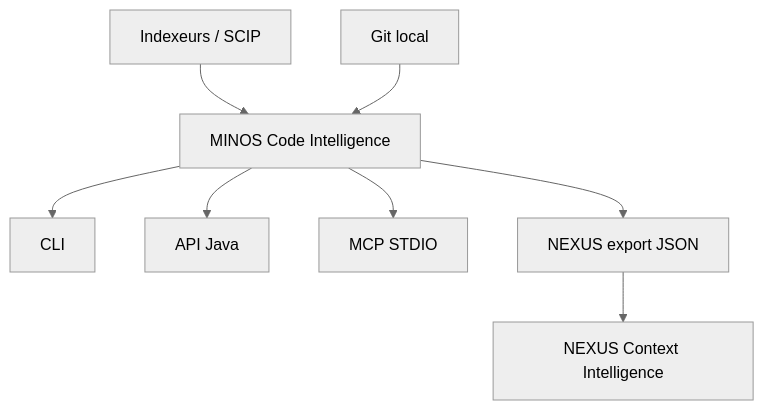
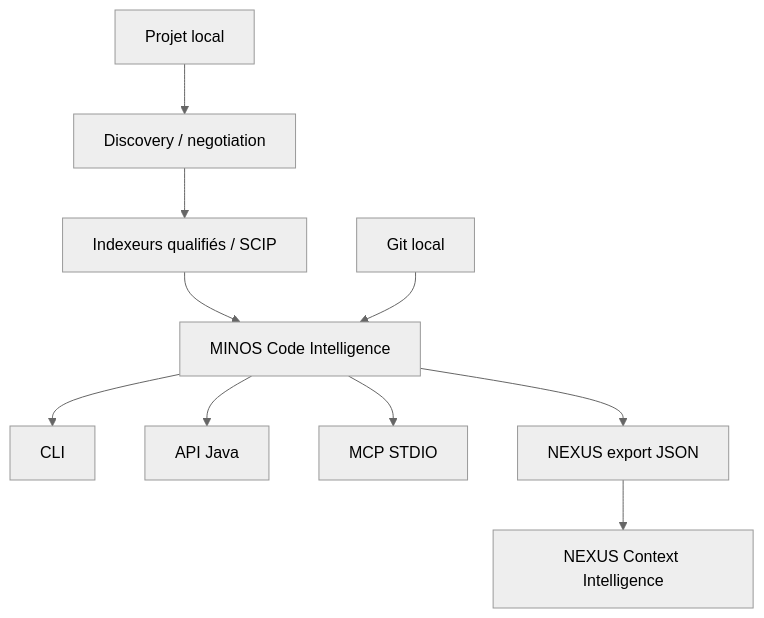
Before and after one commit to FTurleque/minos-code-intelligence: the diagram in README.md, drawn with Mermaid (neutral theme). The commit also changed other lines of this file and 1 other file, not shown here.

````diff
--- a/README.md
+++ b/README.md
@@ -20,10 +20,12 @@
 ```mermaid
 flowchart TB
-    IDX[Indexeurs / SCIP] --> MINOS[MINOS Code Intelligence]
+    SRC[Projet local] --> DISC[Discovery / negotiation]
+    DISC --> IDX[Indexeurs qualifiés / SCIP]
+    IDX --> MINOS[MINOS Code Intelligence]
     GIT[Git local] --> MINOS
     MINOS --> CLI[CLI]
     MINOS --> API[API Java]
     MINOS --> MCP[MCP STDIO]
     MINOS --> NX[NEXUS export JSON]
     NX --> NEXUS[NEXUS Context Intelligence]
 ```
````
